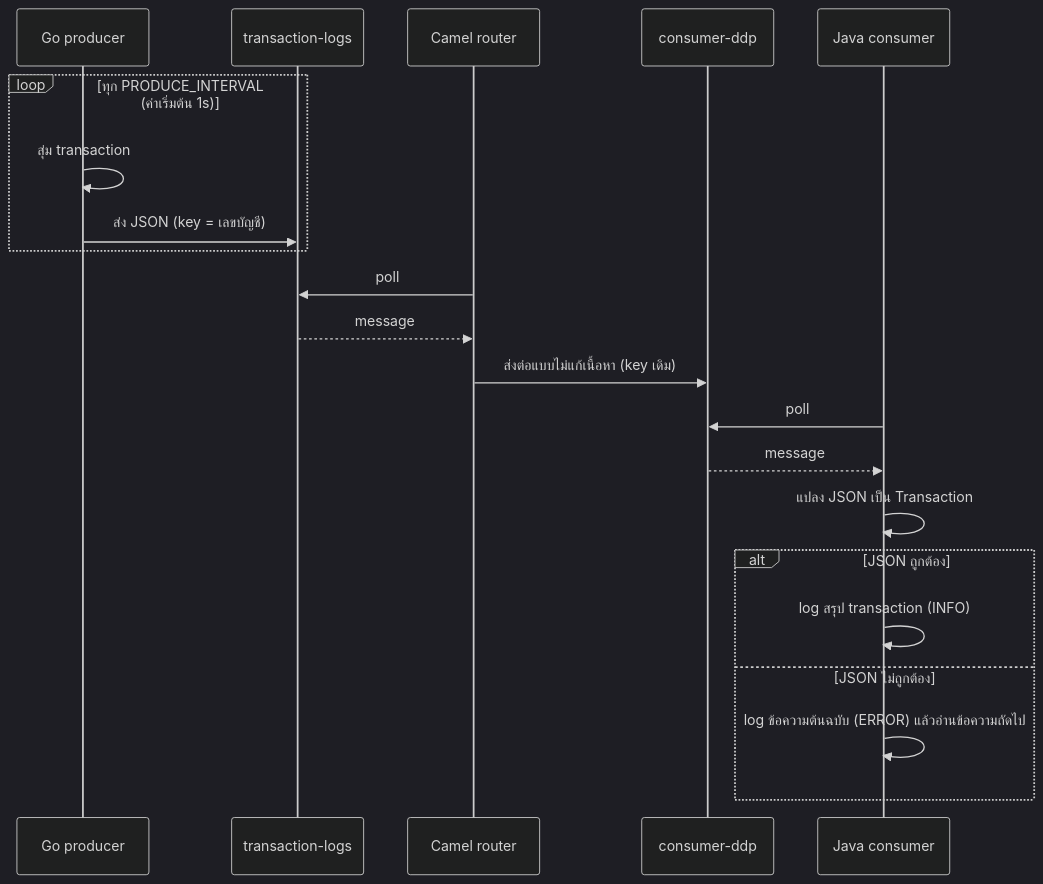
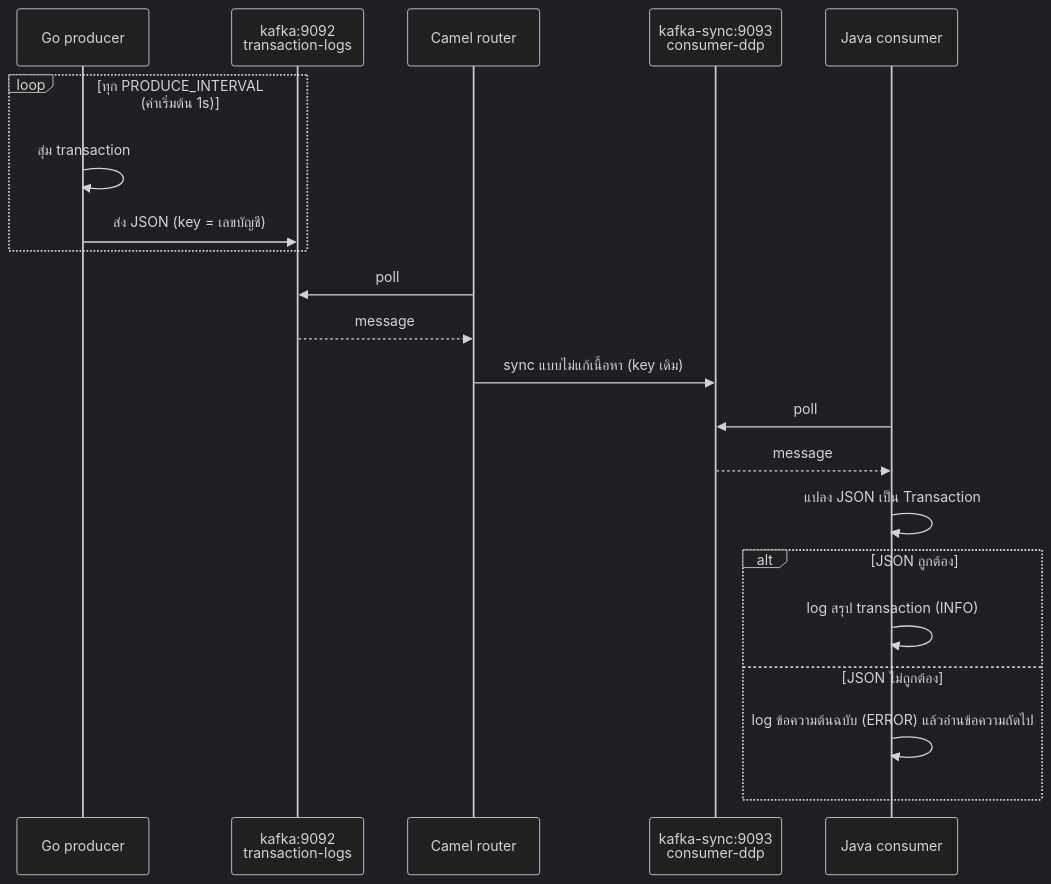
Before and after one commit to yuttasakcom/camel-sample: the second of 2 diagrams in README.md, drawn with Mermaid (dark theme). The commit also changed other lines of this file and 6 other files, not shown here.

First line of the commit message:
feat: sync to kafka-sync cluster and graceful shutdown

````diff
--- a/README.md
+++ b/README.md
@@ -32,24 +37,24 @@
 ```mermaid
 sequenceDiagram
     participant G as Go producer
-    participant K1 as transaction-logs
+    participant K1 as kafka:9092<br/>transaction-logs
     participant C as Camel router
-    participant K2 as consumer-ddp
+    participant K2 as kafka-sync:9093<br/>consumer-ddp
     participant J as Java consumer
 
     loop ทุก PRODUCE_INTERVAL (ค่าเริ่มต้น 1s)
         G->>G: สุ่ม transaction
         G->>K1: ส่ง JSON (key = เลขบัญชี)
     end
     C->>K1: poll
     K1-->>C: message
-    C->>K2: ส่งต่อแบบไม่แก้เนื้อหา (key เดิม)
+    C->>K2: sync แบบไม่แก้เนื้อหา (key เดิม)
     J->>K2: poll
     K2-->>J: message
     J->>J: แปลง JSON เป็น Transaction
     alt JSON ถูกต้อง
         J->>J: log สรุป transaction (INFO)
     else JSON ไม่ถูกต้อง
         J->>J: log ข้อความต้นฉบับ (ERROR) แล้วอ่านข้อความถัดไป
     end
 ```
````
